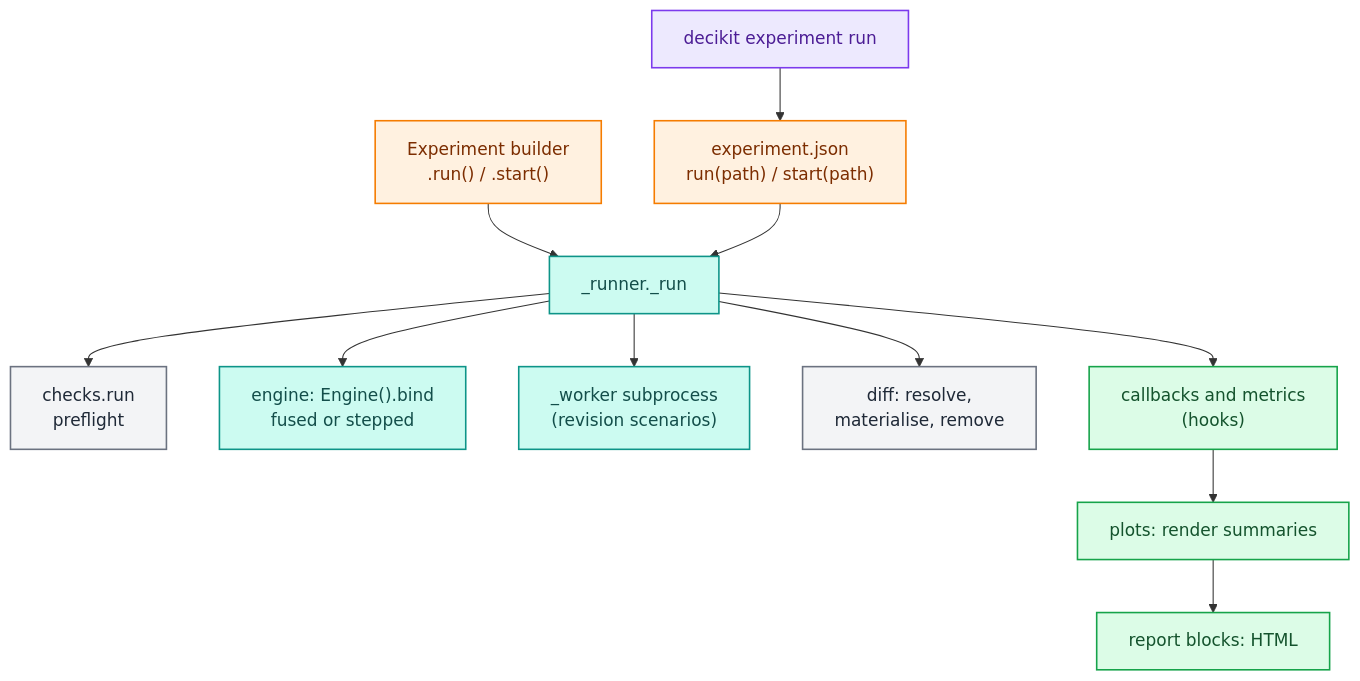
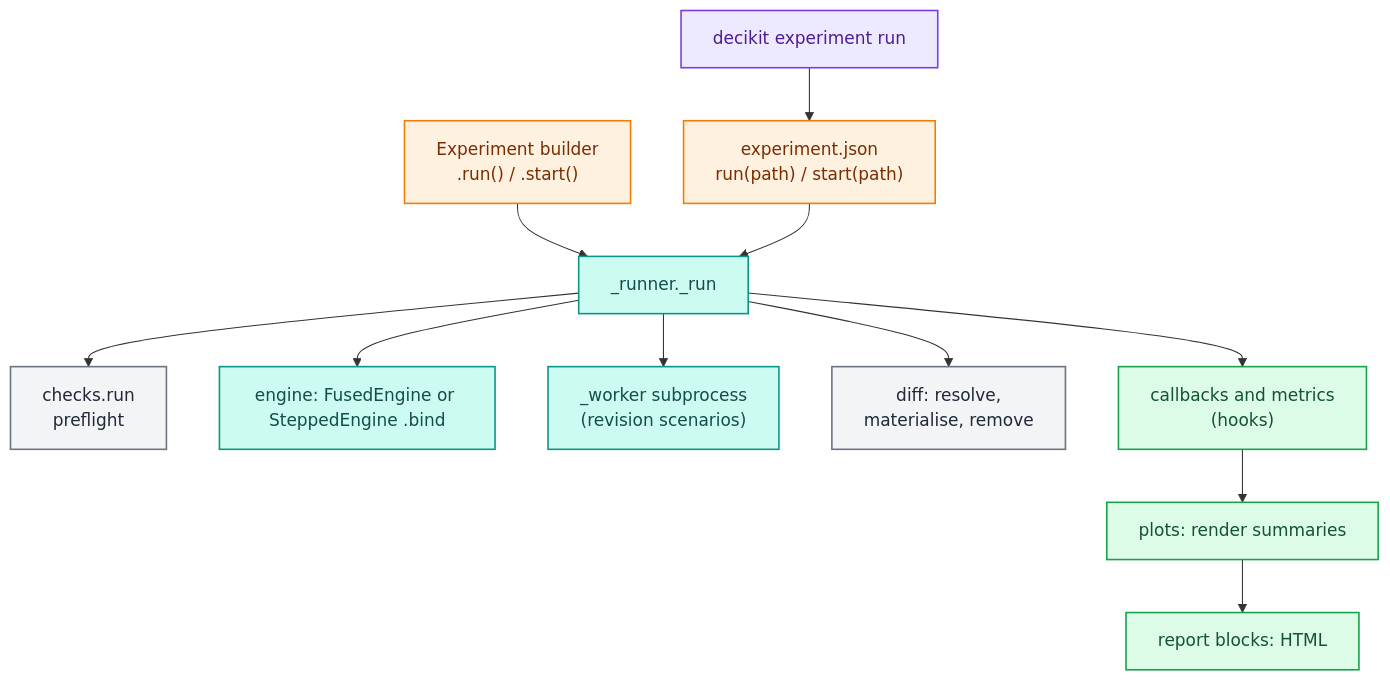
Before and after one commit to capitec/dsp-decision-engine: the first of 6 diagrams in docs/architecture/lab/experiments.md, drawn with Mermaid. The commit also changed other lines of this file and 53 other files, not shown here.

````diff
--- a/docs/architecture/lab/experiments.md
+++ b/docs/architecture/lab/experiments.md
@@ -27,23 +27,23 @@
 ```mermaid
 flowchart TD
     B["Experiment builder<br/>.run() / .start()"] --> R
     CLI["decikit experiment run"] --> J
     J["experiment.json<br/>run(path) / start(path)"] --> R
     R["_runner._run"] --> K["checks.run<br/>preflight"]
-    R --> E["engine: Engine().bind<br/>fused or stepped"]
+    R --> E["engine: FusedEngine or SteppedEngine .bind"]
     R --> W["_worker subprocess<br/>(revision scenarios)"]
     R --> D["diff: resolve,<br/>materialise, remove"]
     R --> CB["callbacks and metrics<br/>(hooks)"]
     CB --> P["plots: render summaries"]
     P --> BL["report blocks: HTML"]
     classDef auth fill:#fff1e0,stroke:#f57c00,color:#7c2d00,stroke-width:1.5px;
     classDef engine fill:#ccfbf1,stroke:#0d9488,color:#134e4a,stroke-width:1.5px;
     classDef tooling fill:#ede9fe,stroke:#7c3aed,color:#4c1d95,stroke-width:1.5px;
     classDef data fill:#dcfce7,stroke:#16a34a,color:#14532d,stroke-width:1.5px;
     classDef neutral fill:#f3f4f6,stroke:#6b7280,color:#1f2937,stroke-width:1.5px;
     class B,J auth;
     class CLI tooling;
     class R,E,W engine;
     class P,BL,CB data;
     class D,K neutral;
 ```
````
